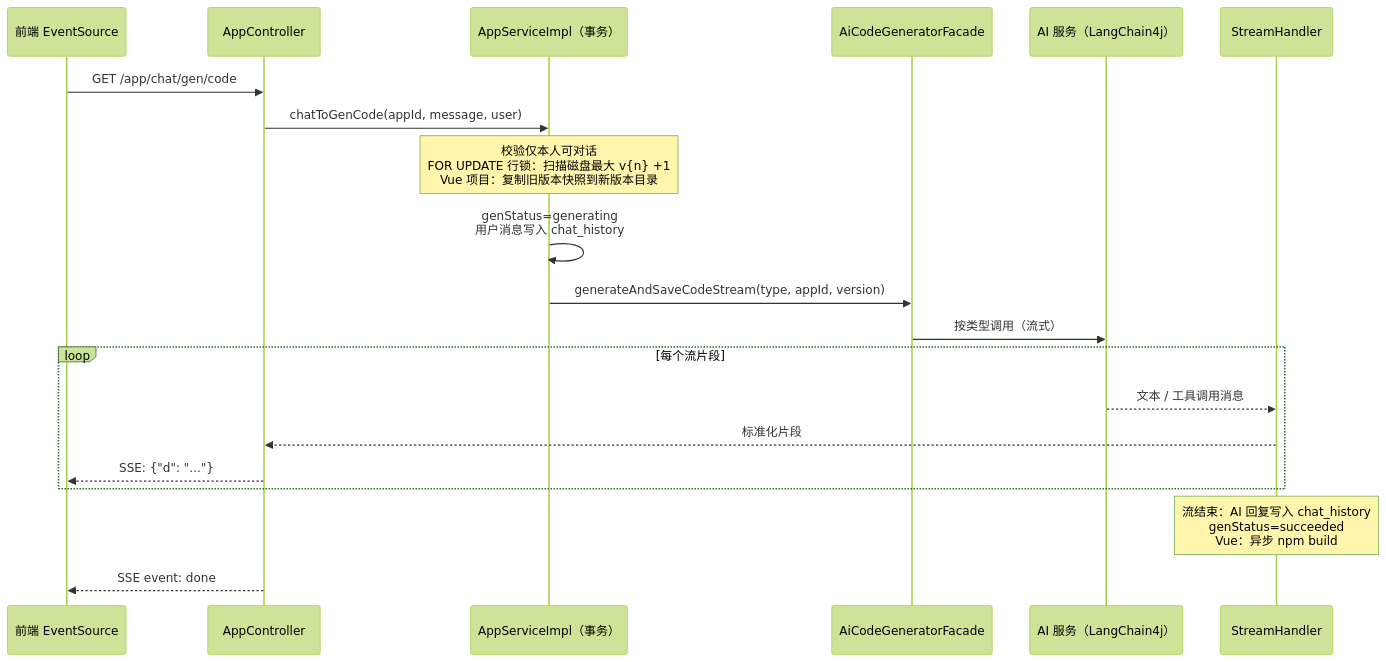
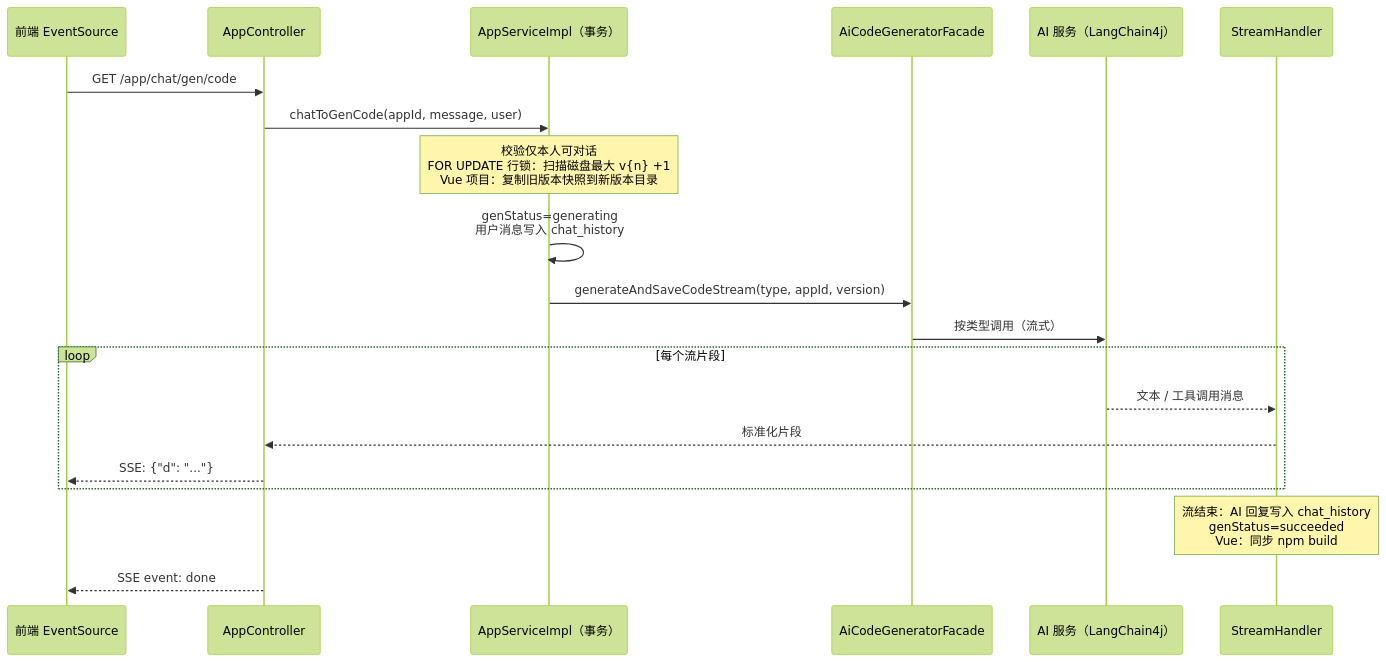
The second of 4 diagrams in README.md (chenzhe0279/ag-ai-code-mother), drawn with Mermaid (forest theme) before and after one commit. The commit also changed other lines of this file, not shown here.

````diff
--- a/README.md
+++ b/README.md
@@ -101,23 +101,23 @@
 ```mermaid
 sequenceDiagram
     participant FE as 前端 EventSource
     participant AC as AppController
     participant AS as AppServiceImpl（事务）
     participant FA as AiCodeGeneratorFacade
     participant AI as AI 服务（LangChain4j）
     participant H as StreamHandler
 
     FE->>AC: GET /app/chat/gen/code
     AC->>AS: chatToGenCode(appId, message, user)
     Note over AS: 校验仅本人可对话<br/>FOR UPDATE 行锁：扫描磁盘最大 v{n} +1<br/>Vue 项目：复制旧版本快照到新版本目录
     AS->>AS: genStatus=generating<br/>用户消息写入 chat_history
     AS->>FA: generateAndSaveCodeStream(type, appId, version)
     FA->>AI: 按类型调用（流式）
     loop 每个流片段
         AI-->>H: 文本 / 工具调用消息
         H-->>AC: 标准化片段
         AC-->>FE: SSE: {"d": "..."}
     end
-    Note over H: 流结束：AI 回复写入 chat_history<br/>genStatus=succeeded<br/>Vue：异步 npm build
+    Note over H: 流结束：AI 回复写入 chat_history<br/>genStatus=succeeded<br/>Vue：同步 npm build
     AC-->>FE: SSE event: done
 ```
````
